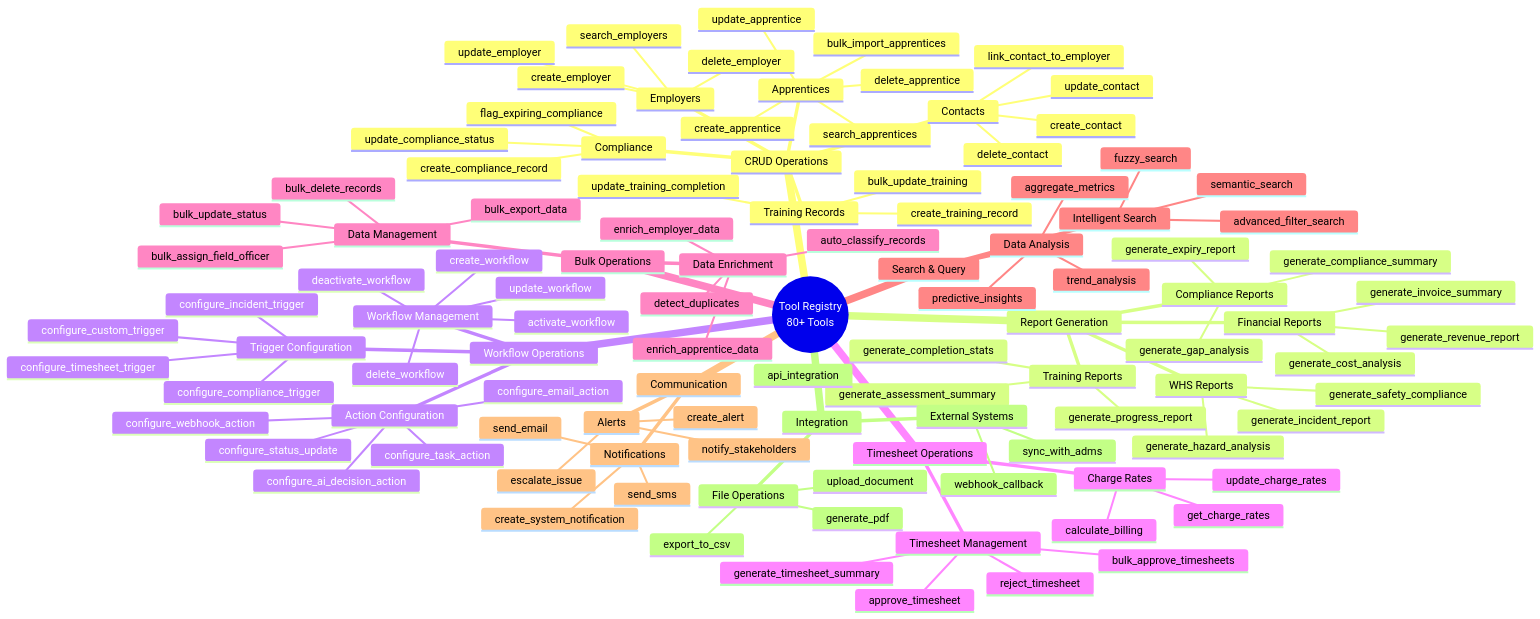
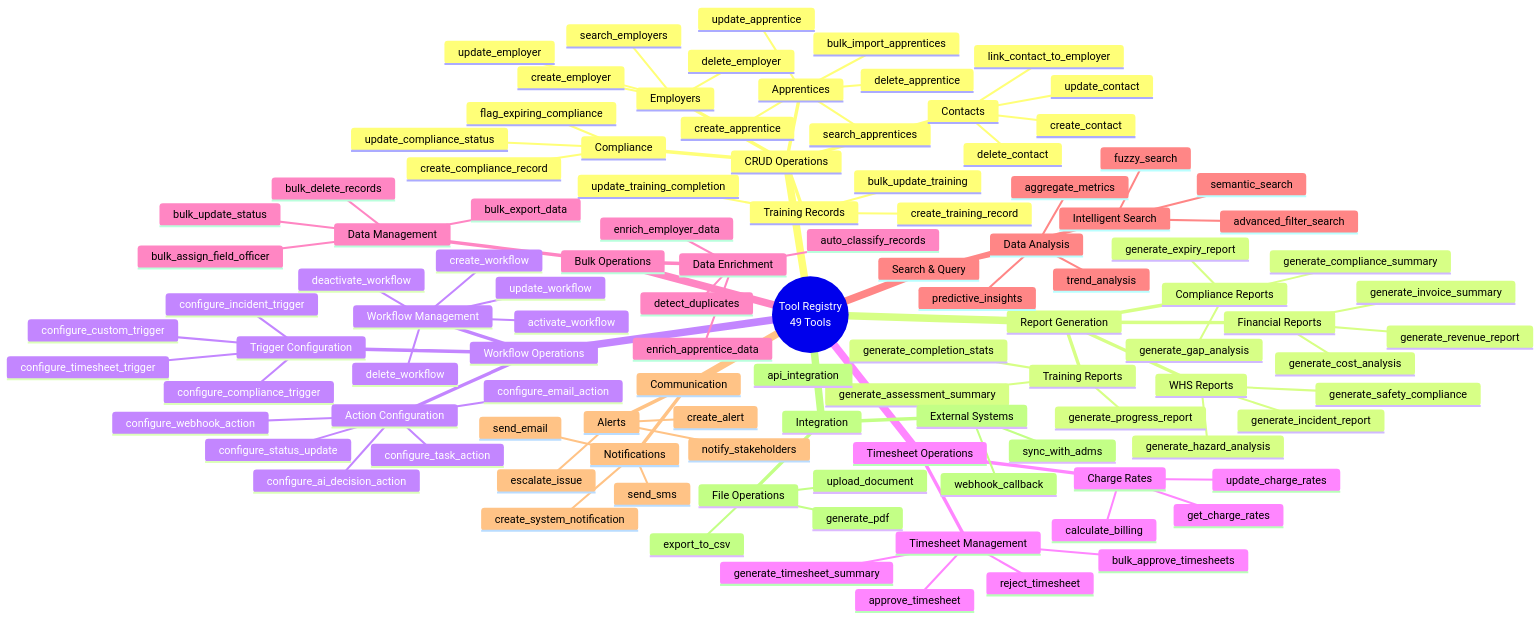
Before and after one commit to Arcane-Fly/bsuite: the third of 5 diagrams in docs/ai/features/20260227-feature-map-complete-v1.0.0.md, drawn with Mermaid. The commit also changed other lines of this file and 110 other files, not shown here.

````diff
--- a/docs/ai/features/20260227-feature-map-complete-v1.0.0.md
+++ b/docs/ai/features/20260227-feature-map-complete-v1.0.0.md
@@ -200,6 +200,6 @@
 ```mermaid
 mindmap
-  root((Tool Registry<br/>80+ Tools))
+  root((Tool Registry<br/>49 Tools))
     CRUD Operations
       Apprentices
         create_apprentice
````
